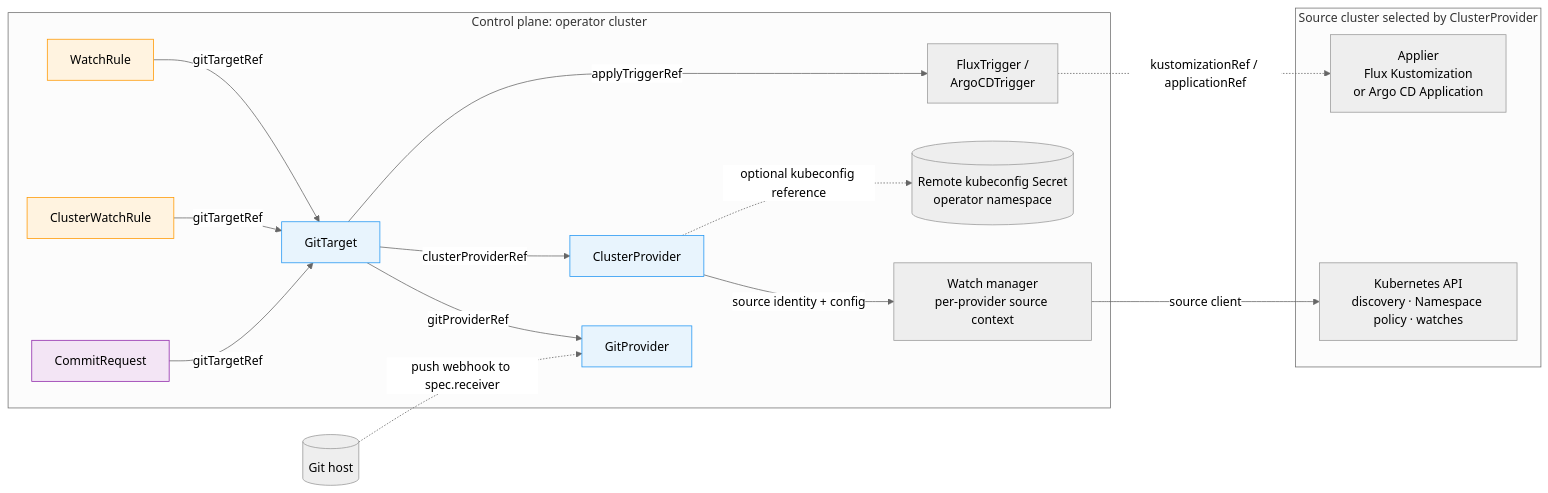
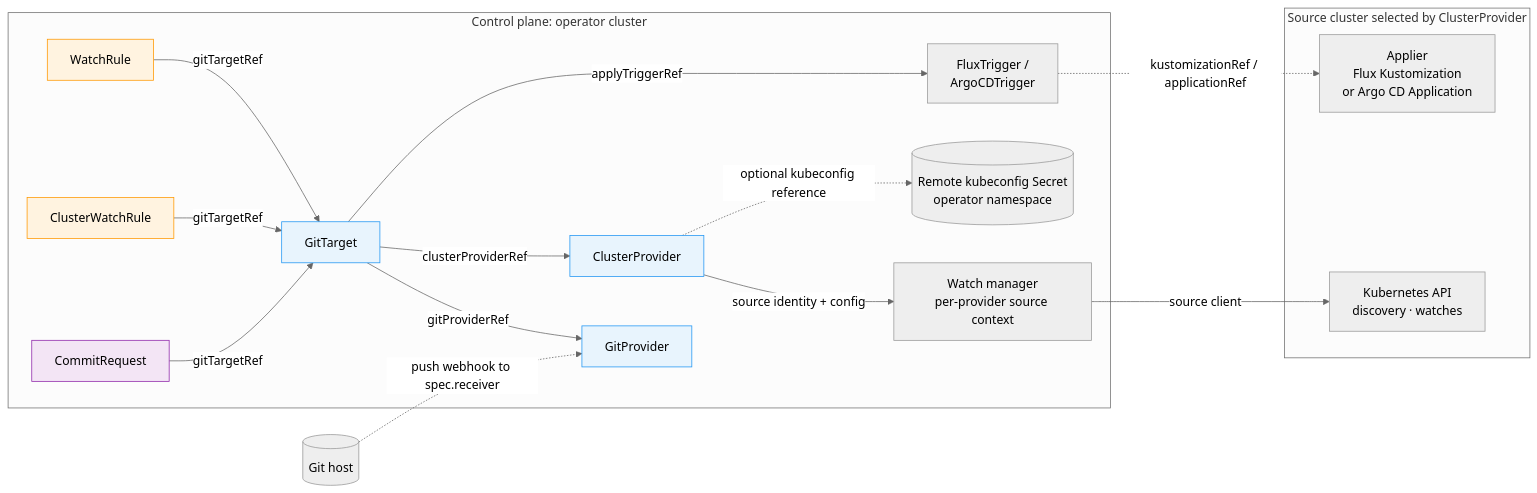
The first of 6 diagrams in docs/architecture.md (ConfigButler/gitops-reverser), drawn with Mermaid (neutral theme) before and after one commit. The commit also changed other lines of this file and 158 other files, not shown here.

````diff
--- a/docs/architecture.md
+++ b/docs/architecture.md
@@ -266,33 +273,33 @@
 ```mermaid
 graph LR
     subgraph CONTROL["Control plane: operator cluster"]
         WR[WatchRule] -->|gitTargetRef| GT[GitTarget]
         CWR[ClusterWatchRule] -->|gitTargetRef| GT
         CR[CommitRequest] -->|gitTargetRef| GT
         GT -->|applyTriggerRef| TR["FluxTrigger /\nArgoCDTrigger"]
         GT -->|clusterProviderRef| CP[ClusterProvider]
         GT -->|gitProviderRef| GP[GitProvider]
         KCFG[("Remote kubeconfig Secret\noperator namespace")]
         WM["Watch manager\nper-provider source context"]
     end
 
     subgraph SOURCE["Source cluster selected by ClusterProvider"]
-        API["Kubernetes API\ndiscovery · Namespace policy · watches"]
+        API["Kubernetes API\ndiscovery · watches"]
         APPLIER["Applier\nFlux Kustomization\nor Argo CD Application"]
     end
 
     HOST[("Git host")]
 
     CP -. "optional kubeconfig reference" .-> KCFG
     CP -->|"source identity + config"| WM
     WM -->|"source client"| API
     TR -. "kustomizationRef / applicationRef" .-> APPLIER
     HOST -. "push webhook to spec.receiver" .-> GP
 
     style GP fill:#e8f4fd,stroke:#2196f3
     style CP fill:#e8f4fd,stroke:#2196f3
     style GT fill:#e8f4fd,stroke:#2196f3
     style WR fill:#fff3e0,stroke:#ff9800
     style CWR fill:#fff3e0,stroke:#ff9800
     style CR fill:#f3e5f5,stroke:#8e24aa
 ```
````
